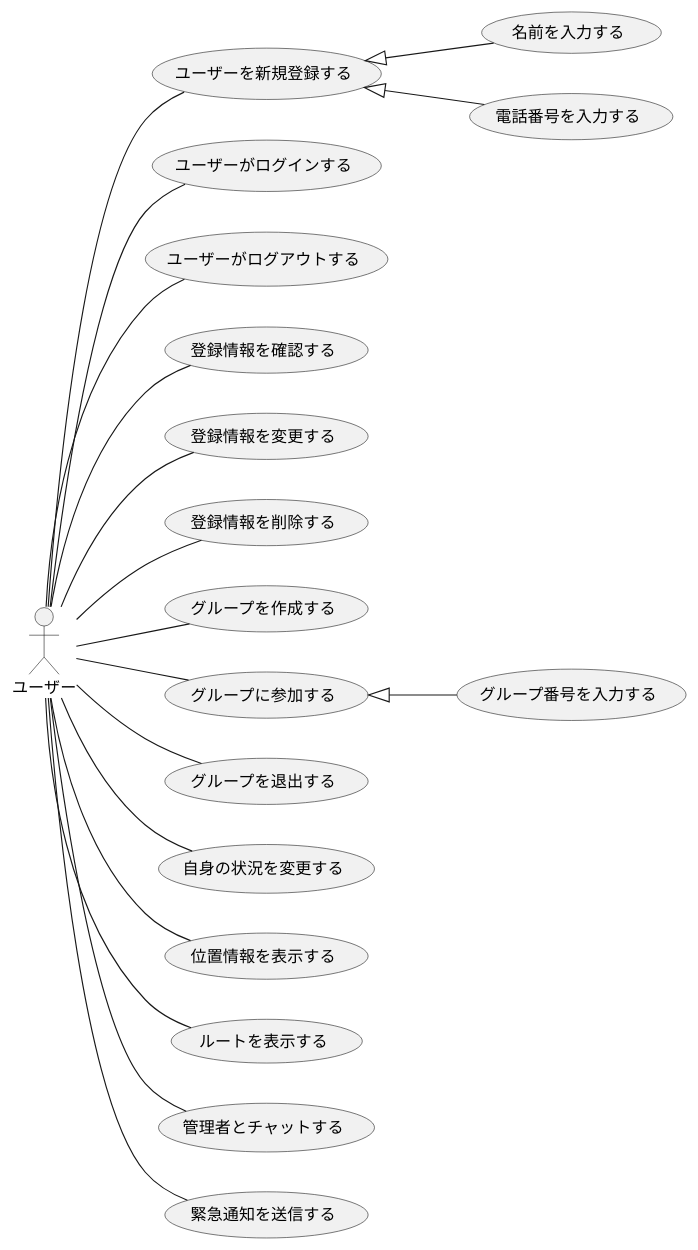
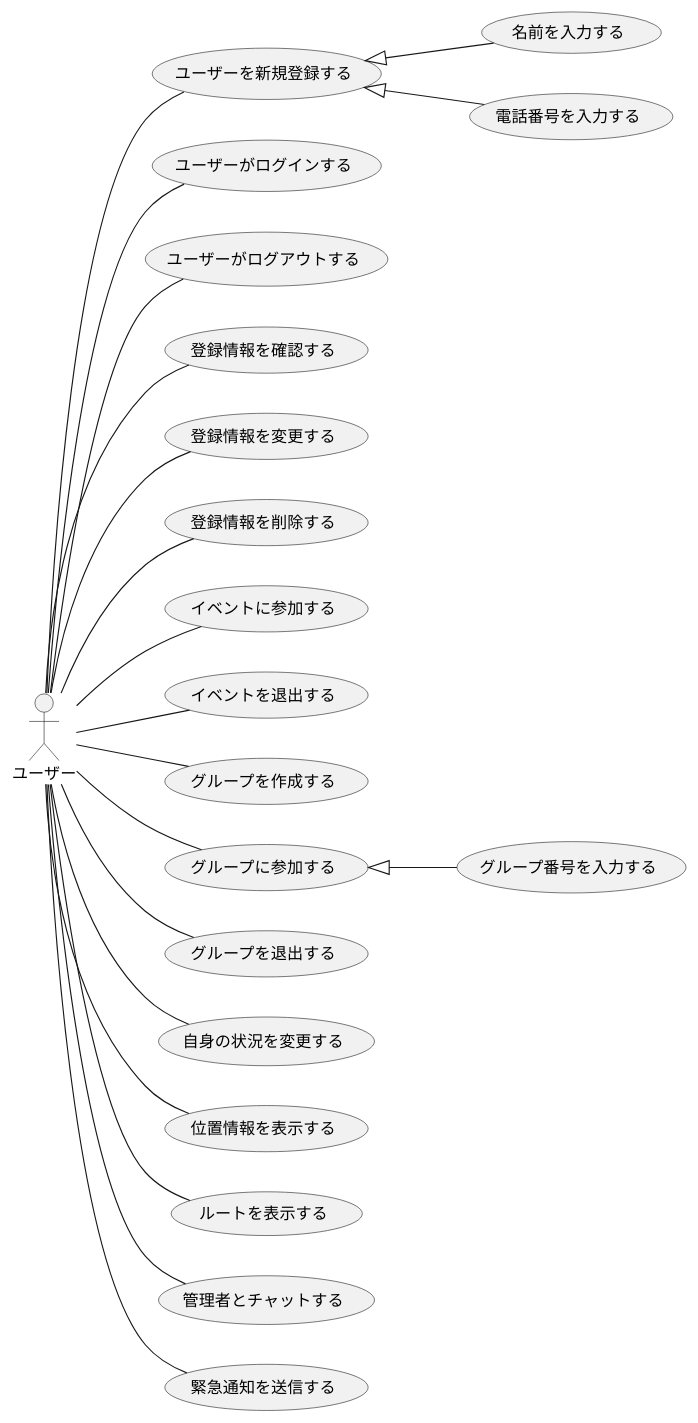
Before and after one commit to ksw2270227/GroupF: the diagram in F_usecase_user.plantuml, drawn with PlantUML. The commit also changed 3 other files, not shown here.

```diff
--- a/F_usecase_user.plantuml
+++ b/F_usecase_user.plantuml
@@ -1,28 +1,30 @@
 @startuml ユースケース
 
 left to right direction
 actor ユーザー
 
 ユーザー -- (ユーザーを新規登録する)
 ユーザー -- (ユーザーがログインする)
 ユーザー -- (ユーザーがログアウトする)
 ユーザー -- (登録情報を確認する)
 ユーザー -- (登録情報を変更する)
 ユーザー -- (登録情報を削除する)
+ユーザー -- (イベントに参加する)
+ユーザー -- (イベントを退出する)
 ユーザー -- (グループを作成する)
 ユーザー -- (グループに参加する)
 ユーザー -- (グループを退出する)
 ユーザー -- (自身の状況を変更する)
 ユーザー -- (位置情報を表示する)
 ユーザー -- (ルートを表示する)
 ユーザー -- (管理者とチャットする)
 ユーザー -- (緊急通知を送信する)
 
 
 
 (ユーザーを新規登録する) <|-- (名前を入力する)
 (ユーザーを新規登録する) <|-- (電話番号を入力する)
 
 (グループに参加する) <|-- (グループ番号を入力する)
 
 @enduml
```
